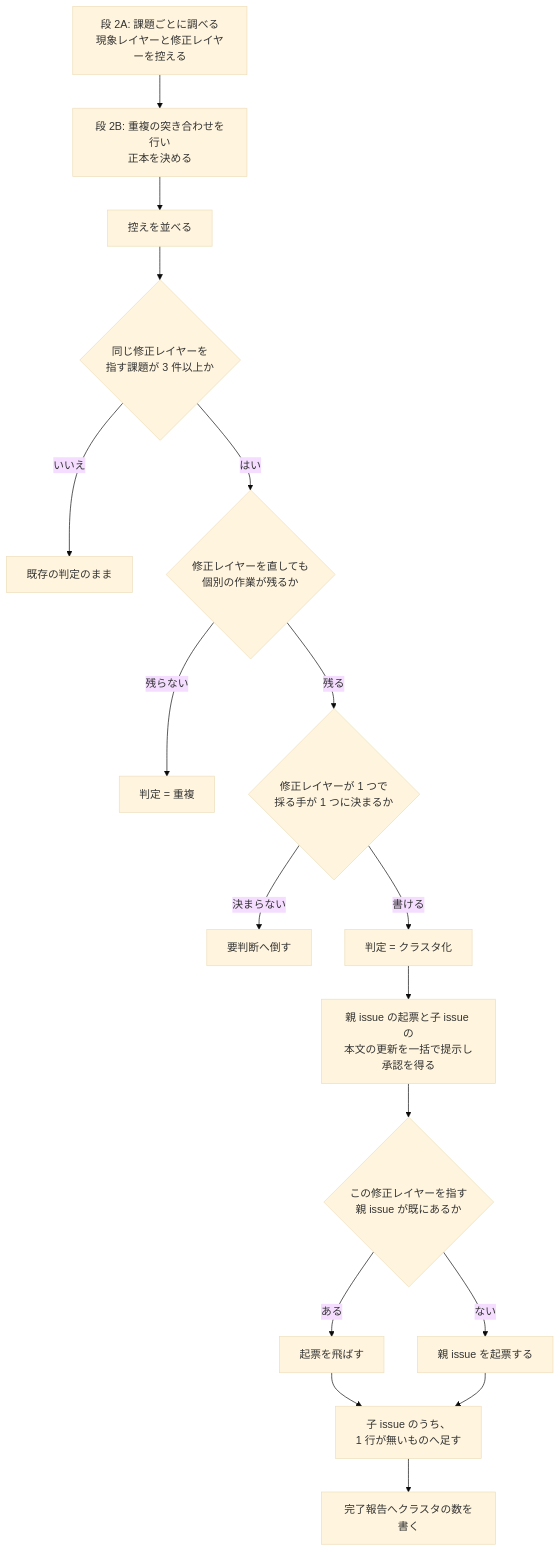
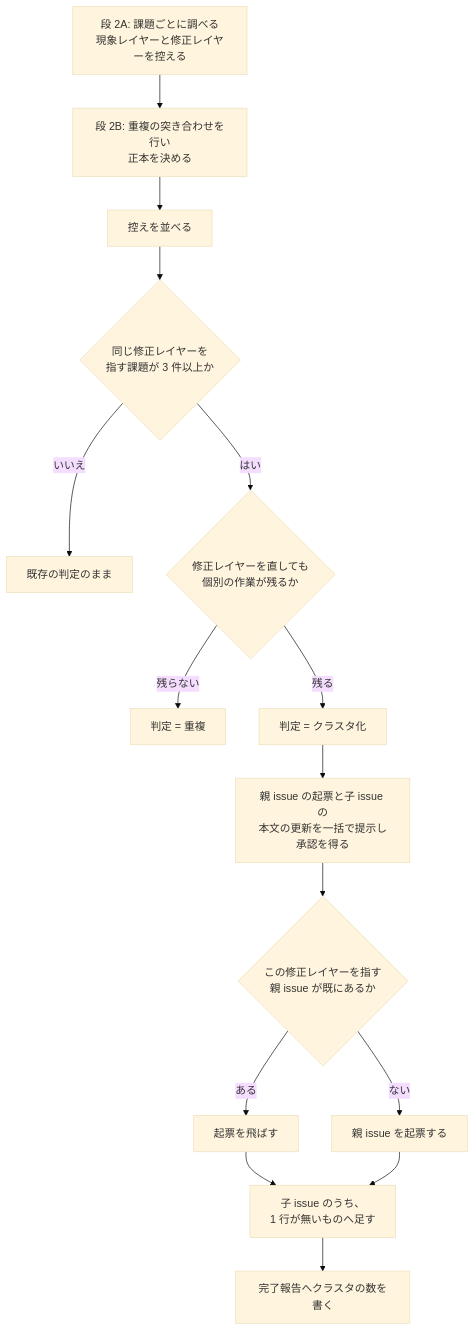
The first of 3 diagrams in issues/issue-712-713-design.md (devbasex/ai-plugins), drawn with Mermaid (base theme) before and after one commit. The commit also changed other lines of this file and 2 other files, not shown here.

````diff
--- a/issues/issue-712-713-design.md
+++ b/issues/issue-712-713-design.md
@@ -209,19 +212,17 @@
 ```mermaid
 flowchart TD
     A["段 2A: 課題ごとに調べる<br/>現象レイヤーと修正レイヤーを控える"] --> B0["段 2B: 重複の突き合わせを行い<br/>正本を決める"]
     B0 --> B["控えを並べる"]
     B --> C{"同じ修正レイヤーを<br/>指す課題が 3 件以上か"}
     C -->|いいえ| D["既存の判定のまま"]
     C -->|はい| E{"修正レイヤーを直しても<br/>個別の作業が残るか"}
     E -->|残らない| D2["判定 = 重複"]
-    E -->|残る| F{"修正レイヤーが 1 つで<br/>採る手が 1 つに決まるか"}
-    F -->|決まらない| G["要判断へ倒す"]
-    F -->|書ける| H["判定 = クラスタ化"]
+    E -->|残る| H["判定 = クラスタ化"]
     H --> I["親 issue の起票と子 issue の<br/>本文の更新を一括で提示し承認を得る"]
     I --> J{"この修正レイヤーを指す<br/>親 issue が既にあるか"}
     J -->|ある| K["起票を飛ばす"]
     J -->|ない| L["親 issue を起票する"]
     K --> M["子 issue のうち、<br/>1 行が無いものへ足す"]
     L --> M
     M --> N["完了報告へクラスタの数を書く"]
 ```
````
